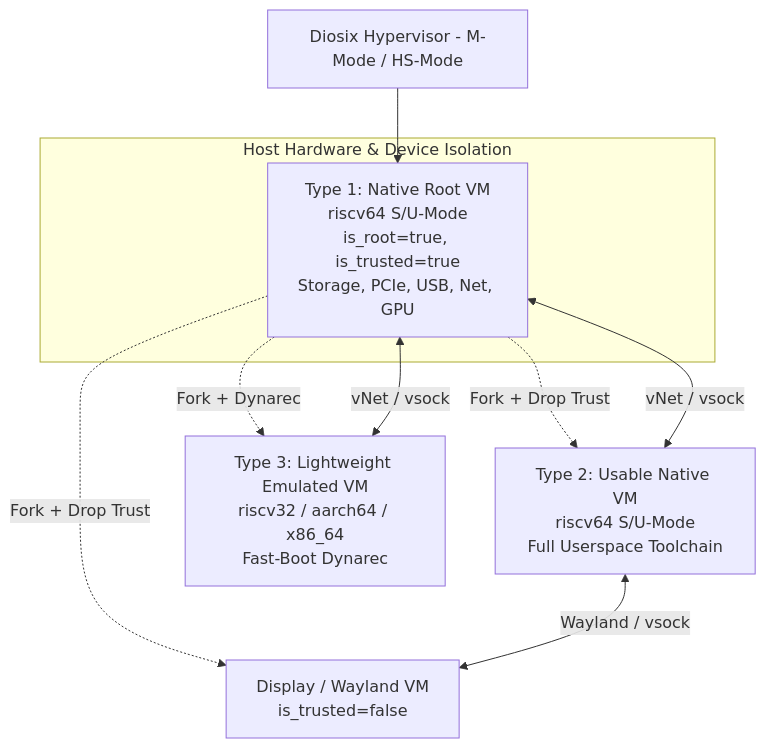
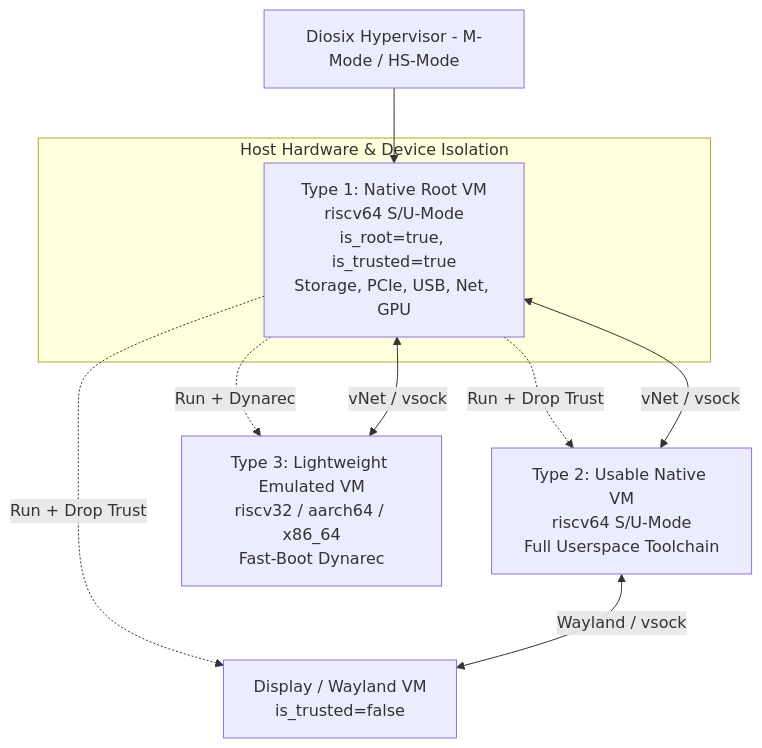
Before and after one commit to diodesign/diosix: the first of 2 diagrams in docs/guest-virtualization-plan.md, drawn with Mermaid. The commit also changed other lines of this file and 60 other files, not shown here.

````diff
--- a/docs/guest-virtualization-plan.md
+++ b/docs/guest-virtualization-plan.md
@@ -11,16 +11,16 @@
 ```mermaid
 graph TD
     M[Diosix Hypervisor - M-Mode / HS-Mode] --> RootVM
     
     subgraph Host Hardware & Device Isolation
         RootVM[Type 1: Native Root VM<br/>riscv64 S/U-Mode<br/>is_root=true, is_trusted=true<br/>Storage, PCIe, USB, Net, GPU]
     end
 
-    RootVM -. Fork + Drop Trust .-> DisplayVM[Display / Wayland VM<br/>is_trusted=false]
-    RootVM -. Fork + Drop Trust .-> NativeVM[Type 2: Usable Native VM<br/>riscv64 S/U-Mode<br/>Full Userspace Toolchain]
-    RootVM -. Fork + Dynarec .-> NonNativeVM[Type 3: Lightweight Emulated VM<br/>riscv32 / aarch64 / x86_64<br/>Fast-Boot Dynarec]
+    RootVM -. Run + Drop Trust .-> DisplayVM[Display / Wayland VM<br/>is_trusted=false]
+    RootVM -. Run + Drop Trust .-> NativeVM[Type 2: Usable Native VM<br/>riscv64 S/U-Mode<br/>Full Userspace Toolchain]
+    RootVM -. Run + Dynarec .-> NonNativeVM[Type 3: Lightweight Emulated VM<br/>riscv32 / aarch64 / x86_64<br/>Fast-Boot Dynarec]
 
     NativeVM <-->|vNet / vsock| RootVM
     NonNativeVM <-->|vNet / vsock| RootVM
     NativeVM <-->|Wayland / vsock| DisplayVM
 ```
````
